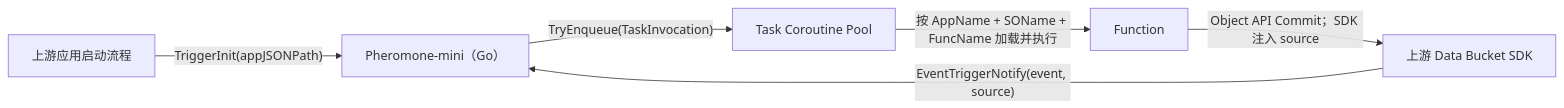
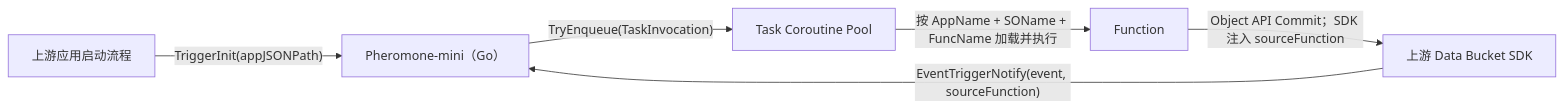
The fourth of 7 diagrams in docs/DESIGN.md (10wvw01/Pheromone-mini), drawn with Mermaid before and after one commit. The commit also changed other lines of this file and 2 other files, not shown here.

Commit message:
Rename EventTriggerNotify parameter to sourceFunction

```diff
--- a/docs/DESIGN.md
+++ b/docs/DESIGN.md
@@ -684,8 +684,8 @@
 ~~~mermaid
 flowchart LR
     APP["上游应用启动流程"] -->|"TriggerInit(appJSONPath)"| PM["Pheromone-mini（Go）"]
-    SDK["上游 Data Bucket SDK"] -->|"EventTriggerNotify(event, source)"| PM
+    SDK["上游 Data Bucket SDK"] -->|"EventTriggerNotify(event, sourceFunction)"| PM
     PM -->|"TryEnqueue(TaskInvocation)"| POOL["Task Coroutine Pool"]
     POOL -->|"按 AppName + SOName + FuncName 加载并执行"| FN["Function"]
-    FN -->|"Object API Commit；SDK 注入 source"| SDK
+    FN -->|"Object API Commit；SDK 注入 sourceFunction"| SDK
 ~~~
```
